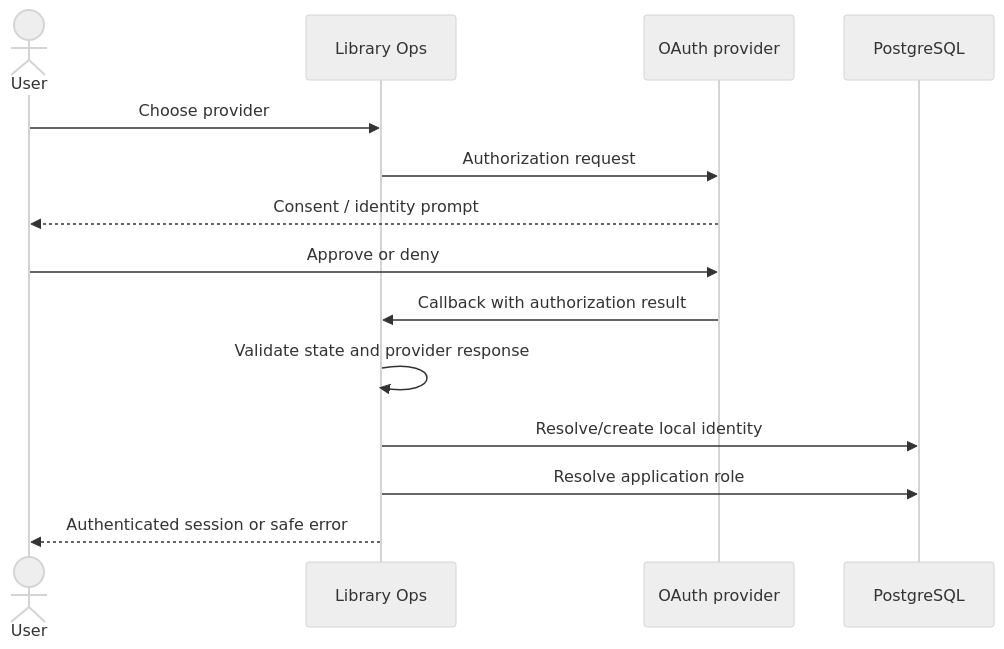
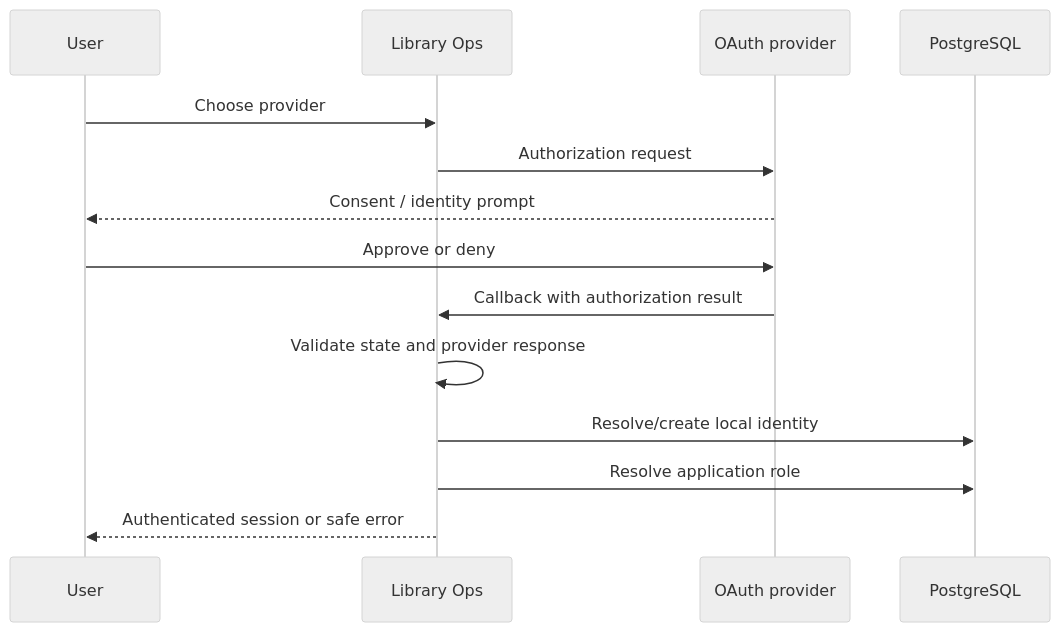
Before and after one commit to geehexx/library-ops: the eighth of 14 diagrams in docs/ARCHITECTURE.md, drawn with Mermaid (neutral theme). The commit also changed other lines of this file and 3 other files, not shown here.

````diff
--- a/docs/ARCHITECTURE.md
+++ b/docs/ARCHITECTURE.md
@@ -541,17 +541,17 @@
 ```mermaid
 sequenceDiagram
-    actor User
+    participant User
     participant App as Library Ops
     participant Provider as OAuth provider
     participant DB as PostgreSQL
 
     User->>App: Choose provider
     App->>Provider: Authorization request
     Provider-->>User: Consent / identity prompt
     User->>Provider: Approve or deny
     Provider->>App: Callback with authorization result
     App->>App: Validate state and provider response
     App->>DB: Resolve/create local identity
     App->>DB: Resolve application role
     App-->>User: Authenticated session or safe error
 ```
````
